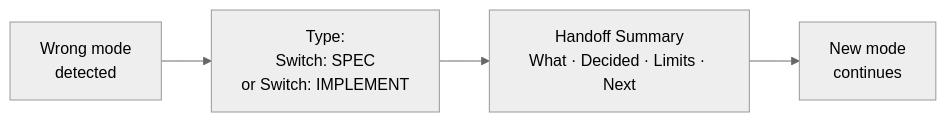
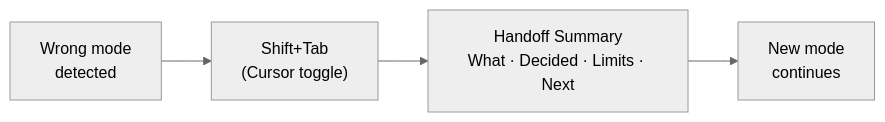
One commit to rwyatt2/AI-Productivity changed the diagram in site/docs/daily-workflow/switching.md. Above: the diagram before and after it, drawn with Mermaid (neutral theme). The commit also changed other lines of this file and 8 other files, not shown here.

````diff
--- a/site/docs/daily-workflow/switching.md
+++ b/site/docs/daily-workflow/switching.md
@@ -29,6 +29,6 @@
 ```mermaid
 flowchart LR
-  wrong["Wrong mode\ndetected"] --> cmd["Type:\nSwitch: SPEC\nor Switch: IMPLEMENT"]
-  cmd --> handoff["Handoff Summary\nWhat · Decided · Limits · Next"]
+  wrong["Wrong mode\ndetected"] --> toggle["Shift+Tab\n(Cursor toggle)"]
+  toggle --> handoff["Handoff Summary\nWhat · Decided · Limits · Next"]
   handoff --> newMode["New mode\ncontinues"]
 ```
````
